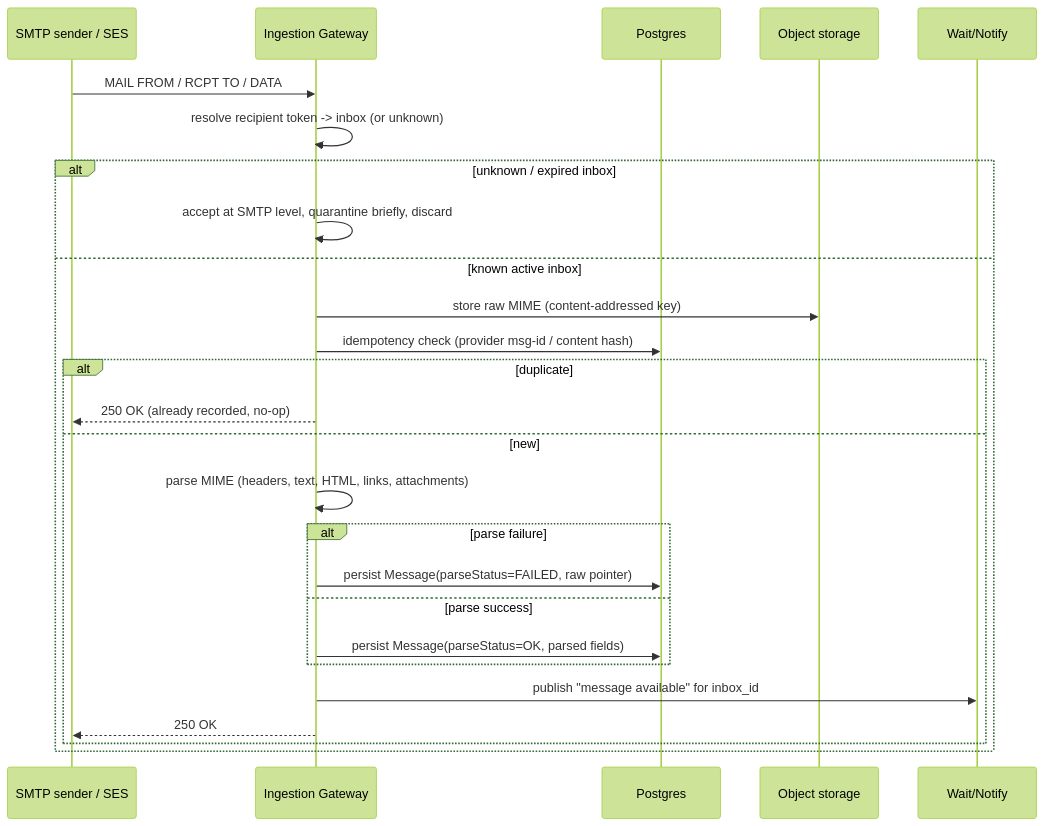
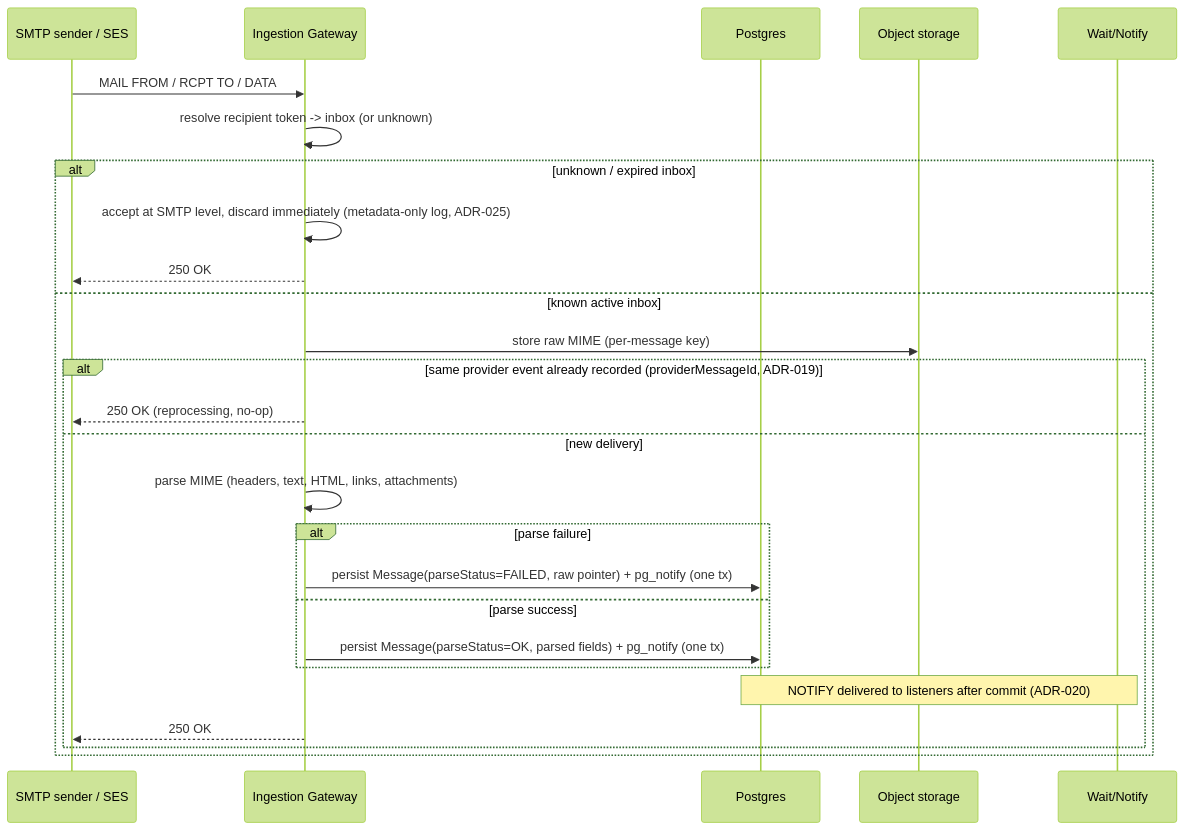
The diagram in docs/architecture/inbound-mail-flow.md (yannisyoussef/testinbox), drawn with Mermaid (forest theme) before and after one commit. The commit also changed other lines of this file and 31 other files, not shown here.

````diff
--- a/docs/architecture/inbound-mail-flow.md
+++ b/docs/architecture/inbound-mail-flow.md
@@ -3,29 +3,29 @@
 ```mermaid
 sequenceDiagram
     participant Sender as SMTP sender / SES
     participant GW as Ingestion Gateway
     participant DB as Postgres
     participant Obj as Object storage
     participant Notify as Wait/Notify
 
     Sender->>GW: MAIL FROM / RCPT TO / DATA
     GW->>GW: resolve recipient token -> inbox (or unknown)
     alt unknown / expired inbox
-        GW->>GW: accept at SMTP level, quarantine briefly, discard
+        GW->>GW: accept at SMTP level, discard immediately (metadata-only log, ADR-025)
+        GW-->>Sender: 250 OK
     else known active inbox
-        GW->>Obj: store raw MIME (content-addressed key)
-        GW->>DB: idempotency check (provider msg-id / content hash)
-        alt duplicate
-            GW-->>Sender: 250 OK (already recorded, no-op)
-        else new
+        GW->>Obj: store raw MIME (per-message key)
+        alt same provider event already recorded (providerMessageId, ADR-019)
+            GW-->>Sender: 250 OK (reprocessing, no-op)
+        else new delivery
             GW->>GW: parse MIME (headers, text, HTML, links, attachments)
             alt parse failure
-                GW->>DB: persist Message(parseStatus=FAILED, raw pointer)
+                GW->>DB: persist Message(parseStatus=FAILED, raw pointer) + pg_notify (one tx)
             else parse success
-                GW->>DB: persist Message(parseStatus=OK, parsed fields)
+                GW->>DB: persist Message(parseStatus=OK, parsed fields) + pg_notify (one tx)
             end
-            GW->>Notify: publish "message available" for inbox_id
+            Note over DB,Notify: NOTIFY delivered to listeners after commit (ADR-020)
             GW-->>Sender: 250 OK
         end
     end
 ```
````
